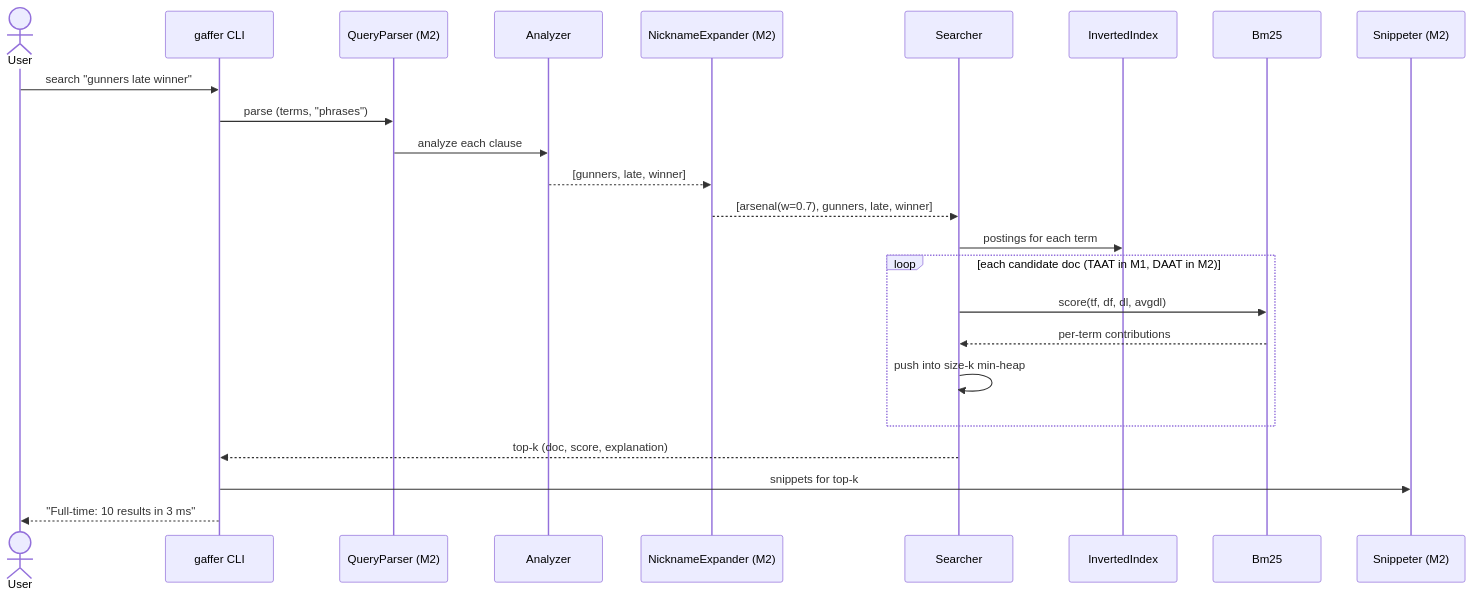
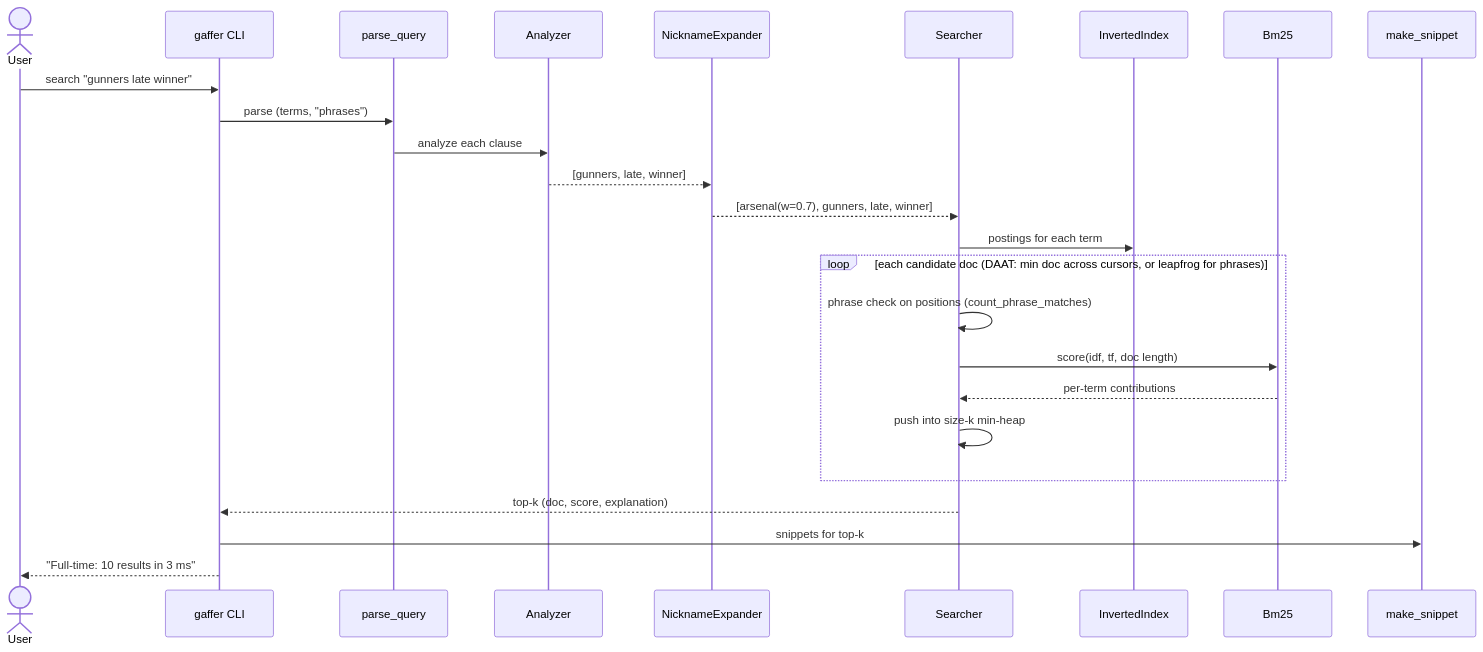
The fourth of 5 diagrams in docs/ARCHITECTURE.md (siddharth-sarma5/gaffer-search), drawn with Mermaid before and after one commit. The commit also changed other lines of this file and 3 other files, not shown here.

````diff
--- a/docs/ARCHITECTURE.md
+++ b/docs/ARCHITECTURE.md
@@ -78,27 +82,28 @@
 ```mermaid
 sequenceDiagram
     actor U as User
     participant C as gaffer CLI
-    participant P as QueryParser (M2)
+    participant P as parse_query
     participant A as Analyzer
-    participant X as NicknameExpander (M2)
+    participant X as NicknameExpander
     participant E as Searcher
     participant I as InvertedIndex
     participant B as Bm25
-    participant S as Snippeter (M2)
+    participant S as make_snippet
 
     U->>C: search "gunners late winner"
     C->>P: parse (terms, "phrases")
     P->>A: analyze each clause
     A-->>X: [gunners, late, winner]
     X-->>E: [arsenal(w=0.7), gunners, late, winner]
     E->>I: postings for each term
-    loop each candidate doc (TAAT in M1, DAAT in M2)
-        E->>B: score(tf, df, dl, avgdl)
+    loop each candidate doc (DAAT: min doc across cursors, or leapfrog for phrases)
+        E->>E: phrase check on positions (count_phrase_matches)
+        E->>B: score(idf, tf, doc length)
         B-->>E: per-term contributions
         E->>E: push into size-k min-heap
     end
     E-->>C: top-k (doc, score, explanation)
     C->>S: snippets for top-k
     C-->>U: "Full-time: 10 results in 3 ms"
 ```
````
